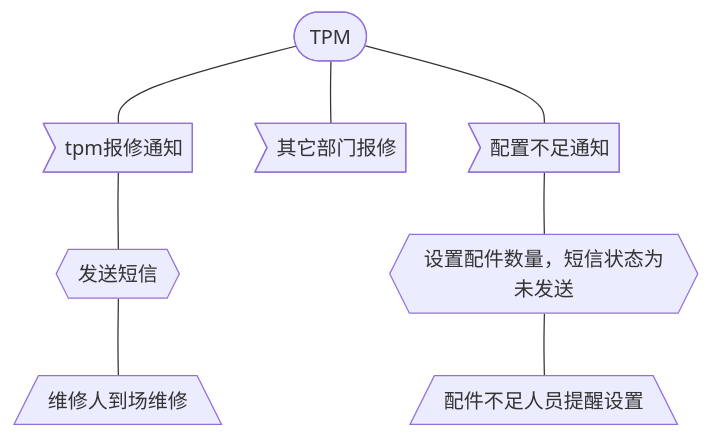
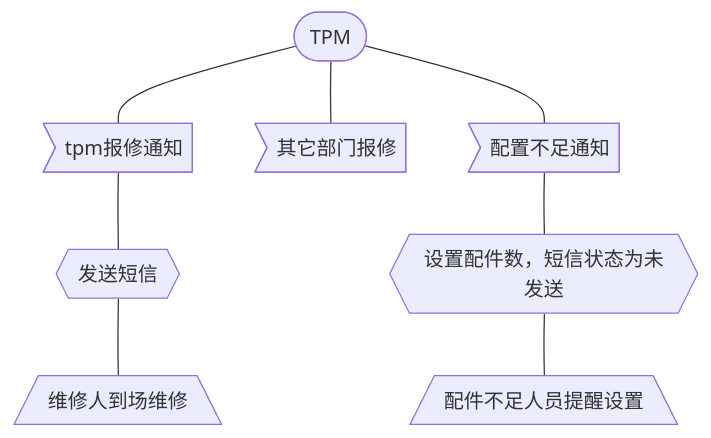
The diagram in docs/manual/tpm.md (svcodestore/sverp-front), drawn with Mermaid before and after one commit.

````diff
--- a/docs/manual/tpm.md
+++ b/docs/manual/tpm.md
@@ -7,10 +7,10 @@
 ```mermaid
 graph TD
-	 dept([TPM])---mod1>tpm报修通知]
+	 dept([TPM])---mod1>"tpm报修通知"]
 	 dept([TPM])---mod2>其它部门报修]
    dept([TPM])---mod3>配置不足通知]
 	 mod1---section1{{发送短信}}
-	 mod3---section2{{设置配件数量，短信状态为未发送}}
+	 mod3---section2{{"设置配件数，短信状态为未发送"}}
 	 section1---fun1[/维修人到场维修\]
 	 section2---fun2[/配件不足人员提醒设置\]
 ```
````
